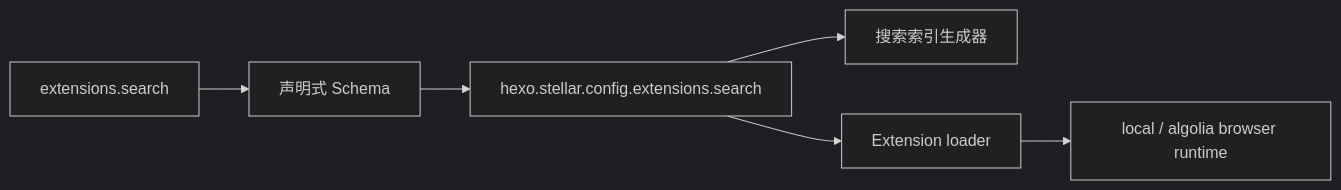
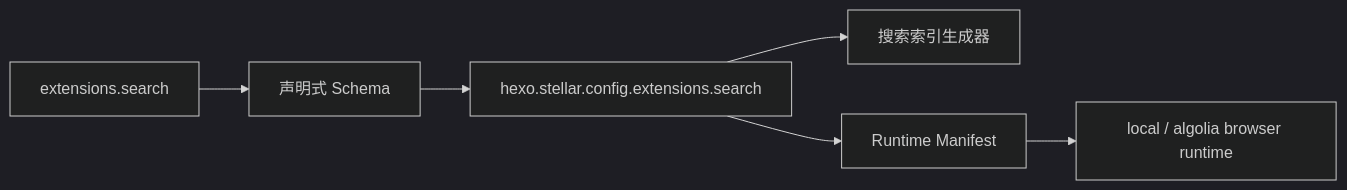
The diagram in docs/knowledge/07-外部集成/search.md (xaoxuu/hexo-theme-stellar), drawn with Mermaid (dark theme) before and after one commit. The commit also changed other lines of this file and 72 other files, not shown here.

````diff
--- a/docs/knowledge/07-外部集成/search.md
+++ b/docs/knowledge/07-外部集成/search.md
@@ -69,8 +69,8 @@
 ```mermaid
 flowchart LR
   A[extensions.search] --> B[声明式 Schema]
   B --> C[hexo.stellar.config.extensions.search]
   C --> D[搜索索引生成器]
-  C --> E[Extension loader]
+  C --> E[Runtime Manifest]
   E --> F[local / algolia browser runtime]
 ```
````
